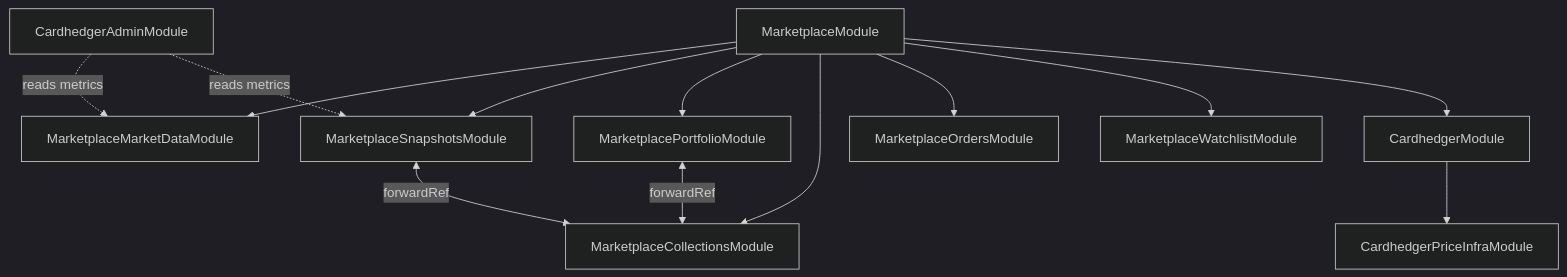
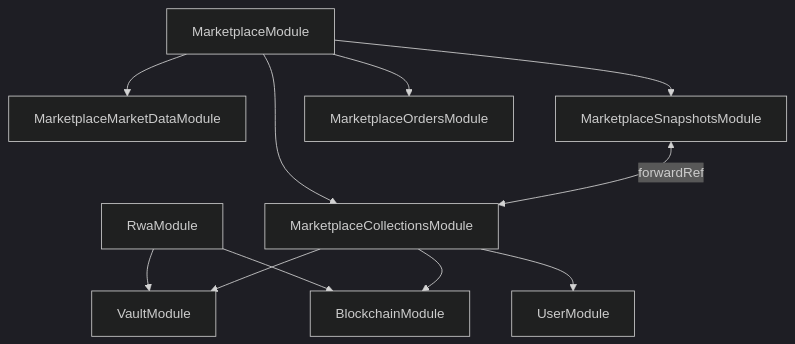
The diagram in docs/architecture/backend.md (tokenable-dev/tokenable-dev), drawn with Mermaid (dark theme) before and after one commit. The commit also changed other lines of this file and 364 other files, not shown here.

````diff
--- a/docs/architecture/backend.md
+++ b/docs/architecture/backend.md
@@ -197,26 +239,23 @@
 ```mermaid
 flowchart TB
     MM[MarketplaceModule]
     MD[MarketplaceMarketDataModule]
     SN[MarketplaceSnapshotsModule]
-    PF[MarketplacePortfolioModule]
     CO[MarketplaceCollectionsModule]
     OR[MarketplaceOrdersModule]
-    WL[MarketplaceWatchlistModule]
-    AD[CardhedgerAdminModule]
-    CH[CardhedgerModule]
-    PI[CardhedgerPriceInfraModule]
+    VM[VaultModule]
+    RM[RwaModule]
+    BM[BlockchainModule]
+    UM[UserModule]
 
+    RM --> VM
+    RM --> BM
+    CO --> VM
+    CO --> BM
+    CO --> UM
     MM --> MD
     MM --> SN
-    MM --> PF
     MM --> CO
     MM --> OR
-    MM --> WL
     SN <-->|forwardRef| CO
-    PF <-->|forwardRef| CO
-    CH --> PI
-    MM --> CH
-    AD -.->|reads metrics| MD
-    AD -.->|reads metrics| SN
 ```
````
